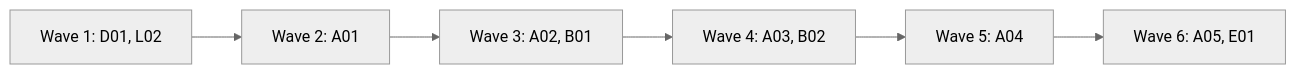
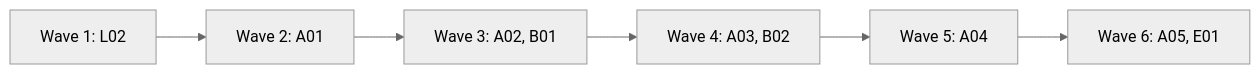
One commit to alfhen/gossamr-app changed the diagram in docs/plan-connections-finish.md. Above: the diagram before and after it, drawn with Mermaid (neutral theme). The commit also changed other lines of this file, not shown here.

````diff
--- a/docs/plan-connections-finish.md
+++ b/docs/plan-connections-finish.md
@@ -50,8 +49,8 @@
 ```mermaid
 flowchart LR
-  W1[Wave 1: D01, L02] --> W2[Wave 2: A01]
+  W1[Wave 1: L02] --> W2[Wave 2: A01]
   W2 --> W3[Wave 3: A02, B01]
   W3 --> W4[Wave 4: A03, B02]
   W4 --> W5[Wave 5: A04]
   W5 --> W6[Wave 6: A05, E01]
 ```
````
